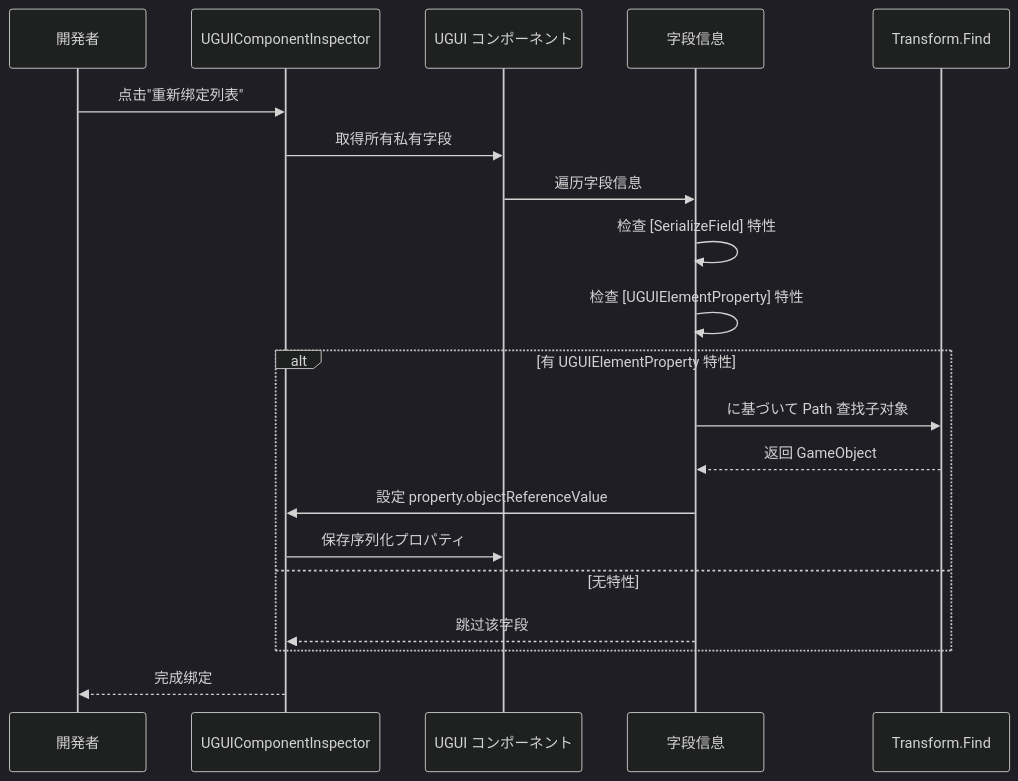
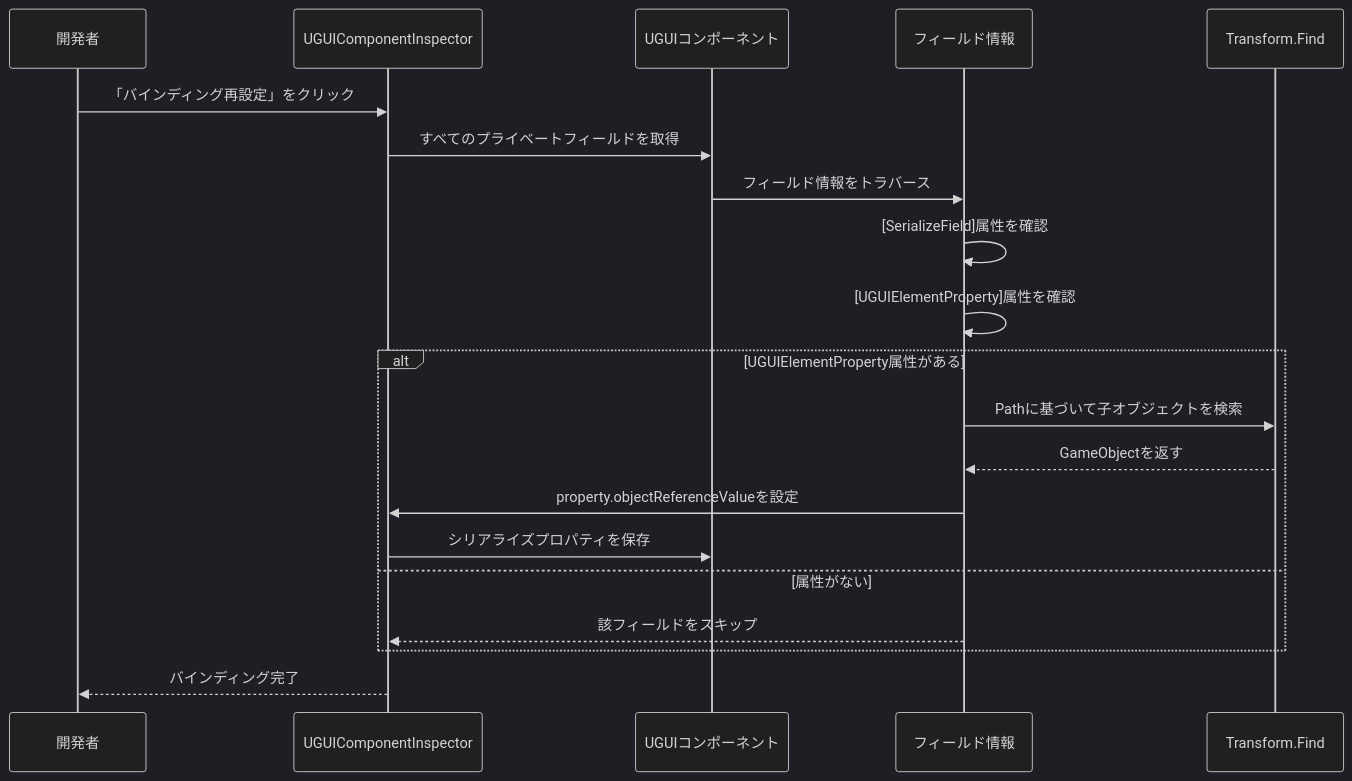
Before and after one commit to AlianBlank/GameFrameX.Docs: the second of 2 diagrams in docs/ja/client/unity/component/ui-ugui/11.inspector.md, drawn with Mermaid (dark theme). The commit also changed other lines of this file and 320 other files, not shown here.

````diff
--- a/docs/ja/client/unity/component/ui-ugui/11.inspector.md
+++ b/docs/ja/client/unity/component/ui-ugui/11.inspector.md
@@ -125,25 +125,25 @@
 ```mermaid
 sequenceDiagram
     participant User as 開発者
     participant Inspector as UGUIComponentInspector
-    participant UGUI as UGUI コンポーネント
-    participant Fields as 字段信息
+    participant UGUI as UGUIコンポーネント
+    participant Fields as フィールド情報
     participant Transform as Transform.Find
 
-    User->>Inspector: 点击"重新绑定列表"
-    Inspector->>UGUI: 取得所有私有字段
-    UGUI->>Fields: 遍历字段信息
-    Fields->>Fields: 检查 [SerializeField] 特性
-    Fields->>Fields: 检查 [UGUIElementProperty] 特性
-    
-    alt 有 UGUIElementProperty 特性
-        Fields->>Transform: に基づいて Path 查找子对象
-        Transform-->>Fields: 返回 GameObject
-        Fields->>Inspector: 設定 property.objectReferenceValue
-        Inspector->>UGUI: 保存序列化プロパティ
-    else 无特性
-        Fields-->>Inspector: 跳过该字段
+    User->>Inspector: 「バインディング再設定」をクリック
+    Inspector->>UGUI: すべてのプライベートフィールドを取得
+    UGUI->>Fields: フィールド情報をトラバース
+    Fields->>Fields: [SerializeField]属性を確認
+    Fields->>Fields: [UGUIElementProperty]属性を確認
+
+    alt UGUIElementProperty属性がある
+        Fields->>Transform: Pathに基づいて子オブジェクトを検索
+        Transform-->>Fields: GameObjectを返す
+        Fields->>Inspector: property.objectReferenceValueを設定
+        Inspector->>UGUI: シリアライズプロパティを保存
+    else 属性がない
+        Fields-->>Inspector: 該フィールドをスキップ
     end
-    
-    Inspector-->>User: 完成绑定
+
+    Inspector-->>User: バインディング完了
 ```
````
